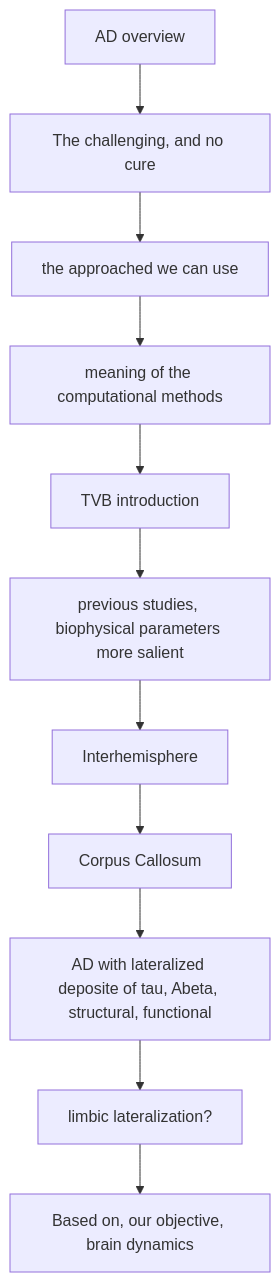
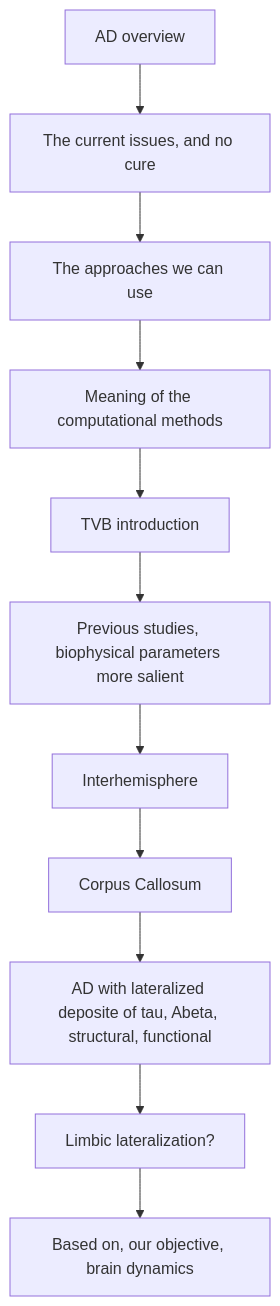
The diagram in alzheimer.md (yilewang/Gc_detect_script), drawn with Mermaid before and after one commit.

Commit message:
new update test

````diff
--- a/alzheimer.md
+++ b/alzheimer.md
@@ -18,13 +18,13 @@
 ```mermaid
 flowchart TD
-	A[AD overview] --> B[The challenging, and no cure];
-	B --> C[the approached we can use];
-	C --> D[meaning of the computational methods];
+	A[AD overview] --> B[The current issues, and no cure];
+	B --> C[The approaches we can use];
+	C --> D[Meaning of the computational methods];
 	D --> E[TVB introduction];
-	E --> F[previous studies, biophysical parameters more salient];
+	E --> F[Previous studies, biophysical parameters more salient];
 	F --> G[Interhemisphere];
 	G --> H[Corpus Callosum];
 	H --> I[AD with lateralized deposite of tau, Abeta, structural, functional];
-	I --> J[limbic lateralization?];
+	I --> J[Limbic lateralization?];
 	J --> K[Based on, our objective, brain dynamics];
 ```
````
